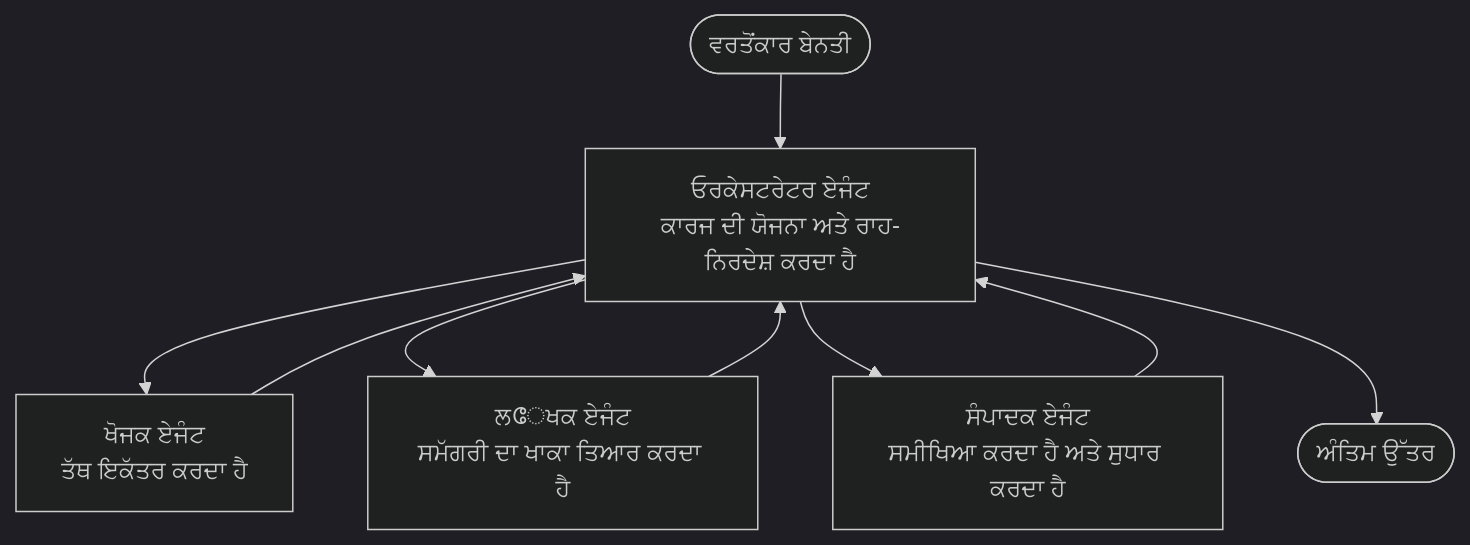
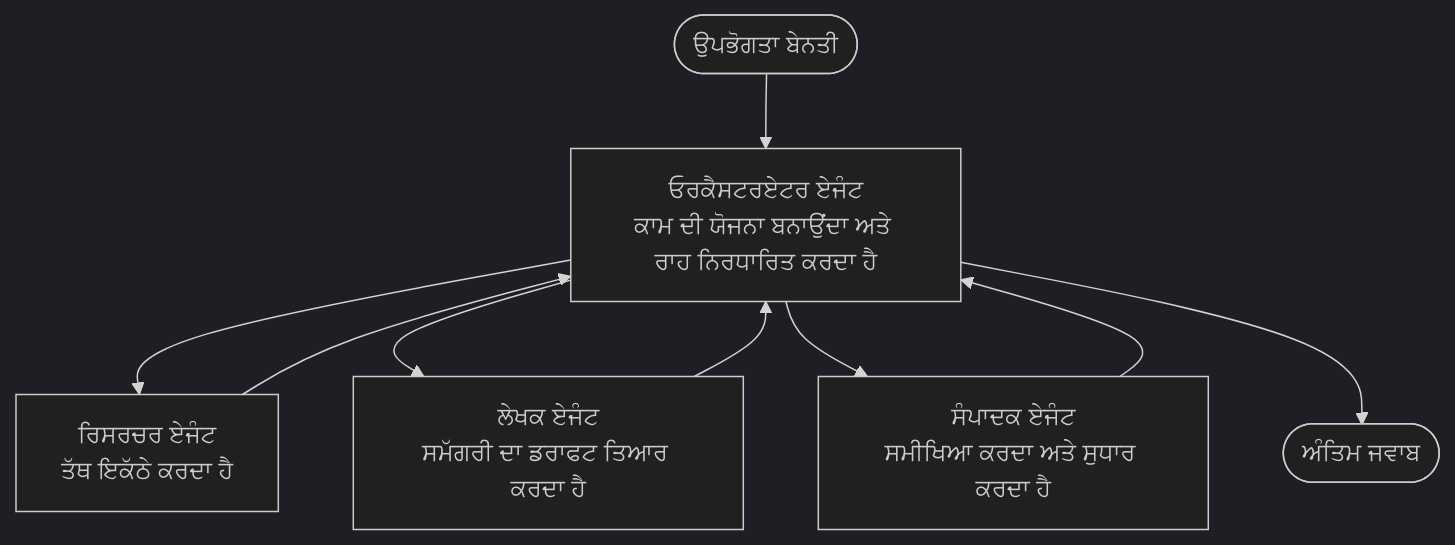
Before and after one commit to microsoft/AZD-for-beginners: the diagram in translations/pa/docs/chapter-05-multi-agent/multi-agent-basics.md, drawn with Mermaid (dark theme). The commit also changed other lines of this file and 59 other files, not shown here.

````diff
--- a/translations/pa/docs/chapter-05-multi-agent/multi-agent-basics.md
+++ b/translations/pa/docs/chapter-05-multi-agent/multi-agent-basics.md
@@ -43,11 +43,11 @@
 ```mermaid
 graph TD
-    User([ਵਰਤੋਂਕਾਰ ਬੇਨਤੀ]) --> Orchestrator[ਓਰਕੇਸਟਰੇਟਰ ਏਜੰਟ<br/>ਕਾਰਜ ਦੀ ਯੋਜਨਾ ਅਤੇ ਰਾਹ-ਨਿਰਦੇਸ਼ ਕਰਦਾ ਹੈ]
-    Orchestrator --> Researcher[ਖੋਜਕ ਏਜੰਟ<br/>ਤੱਥ ਇਕੱਤਰ ਕਰਦਾ ਹੈ]
-    Orchestrator --> Writer[ਲேਖਕ ਏਜੰਟ<br/>ਸਮੱਗਰੀ ਦਾ ਖਾਕਾ ਤਿਆਰ ਕਰਦਾ ਹੈ]
-    Orchestrator --> Editor[ਸੰਪਾਦਕ ਏਜੰਟ<br/>ਸਮੀਖਿਆ ਕਰਦਾ ਹੈ ਅਤੇ ਸੁਧਾਰ ਕਰਦਾ ਹੈ]
+    User([ਉਪਭੋਗਤਾ ਬੇਨਤੀ]) --> Orchestrator[ਓਰਕੈਸਟਰਏਟਰ ਏਜੰਟ<br/>ਕਾਮ ਦੀ ਯੋਜਨਾ ਬਨਾਉਂਦਾ ਅਤੇ ਰਾਹ ਨਿਰਧਾਰਿਤ ਕਰਦਾ ਹੈ]
+    Orchestrator --> Researcher[ਰਿਸਰਚਰ ਏਜੰਟ<br/>ਤੱਥ ਇਕੱਠੇ ਕਰਦਾ ਹੈ]
+    Orchestrator --> Writer[ਲੇਖਕ ਏਜੰਟ<br/>ਸਮੱਗਰੀ ਦਾ ਡਰਾਫਟ ਤਿਆਰ ਕਰਦਾ ਹੈ]
+    Orchestrator --> Editor[ਸੰਪਾਦਕ ਏਜੰਟ<br/>ਸਮੀਖਿਆ ਕਰਦਾ ਅਤੇ ਸੁਧਾਰ ਕਰਦਾ ਹੈ]
     Researcher --> Orchestrator
     Writer --> Orchestrator
     Editor --> Orchestrator
-    Orchestrator --> Result([ਅੰਤਿਮ ਉੱਤਰ])
+    Orchestrator --> Result([ਅੰਤਿਮ ਜਵਾਬ])
 ```
````
